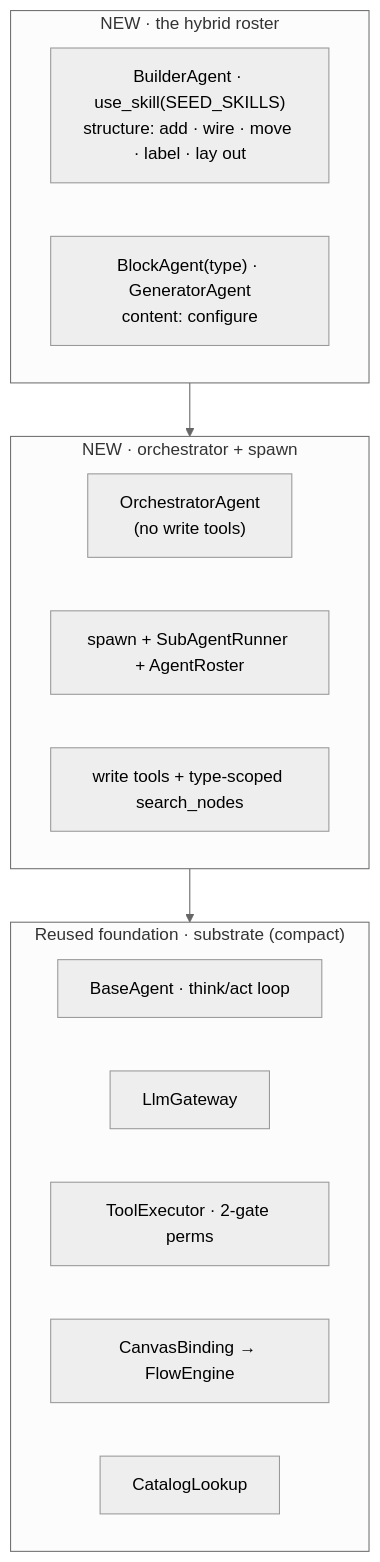
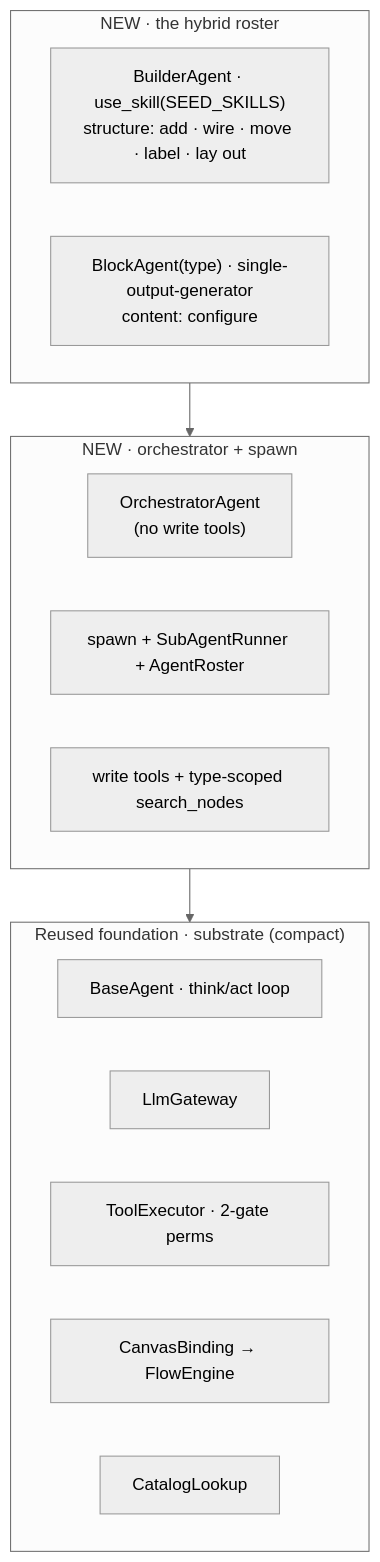
Before and after one commit to lemoncloud-io/eureka-flow: the fourth of 4 diagrams in docs/browser-agent/design/harness-spec.md, drawn with Mermaid (neutral theme). The commit also changed other lines of this file and 4 other files, not shown here.

First line of the commit message:
docs(agent): doc↔code accuracy pass for PR + local-terminal diagrams

````diff
--- a/docs/browser-agent/design/harness-spec.md
+++ b/docs/browser-agent/design/harness-spec.md
@@ -346,24 +347,24 @@
 ```mermaid
 flowchart TB
     subgraph reused["Reused foundation · substrate (compact)"]
         direction LR
         BASE["BaseAgent · think/act loop"]
         GW["LlmGateway"]
         EX["ToolExecutor · 2-gate perms"]
         CB["CanvasBinding → FlowEngine"]
         CAT["CatalogLookup"]
     end
     subgraph shared["NEW · orchestrator + spawn"]
         direction LR
         ORCH["OrchestratorAgent<br/>(no write tools)"]
         SPAWN["spawn + SubAgentRunner + AgentRoster"]
         WT["write tools + type-scoped search_nodes"]
     end
     subgraph roster["NEW · the hybrid roster"]
         direction LR
         BLD["BuilderAgent · use_skill(SEED_SKILLS)<br/>structure: add · wire · move · label · lay out"]
-        BLK["BlockAgent(type) · GeneratorAgent<br/>content: configure"]
+        BLK["BlockAgent(type) · single-output-generator<br/>content: configure"]
     end
     shared --> reused
     roster --> shared
 ```
````
